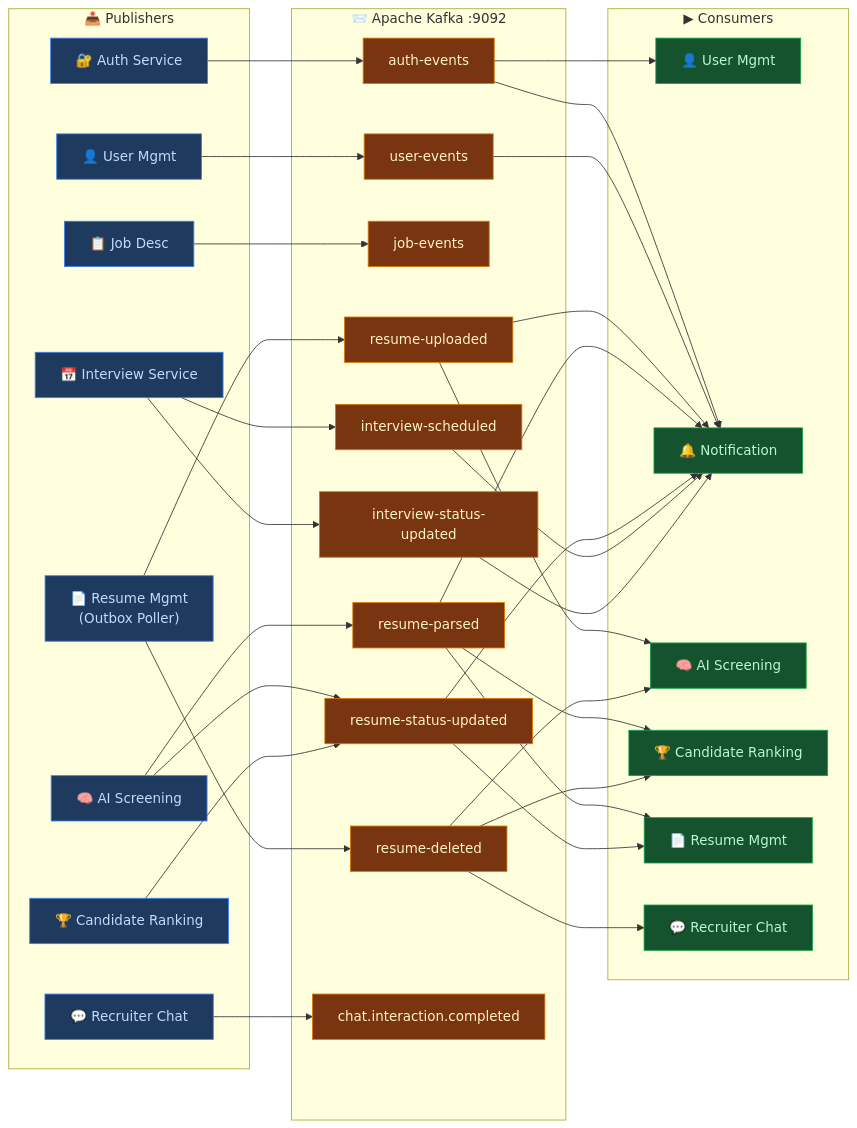
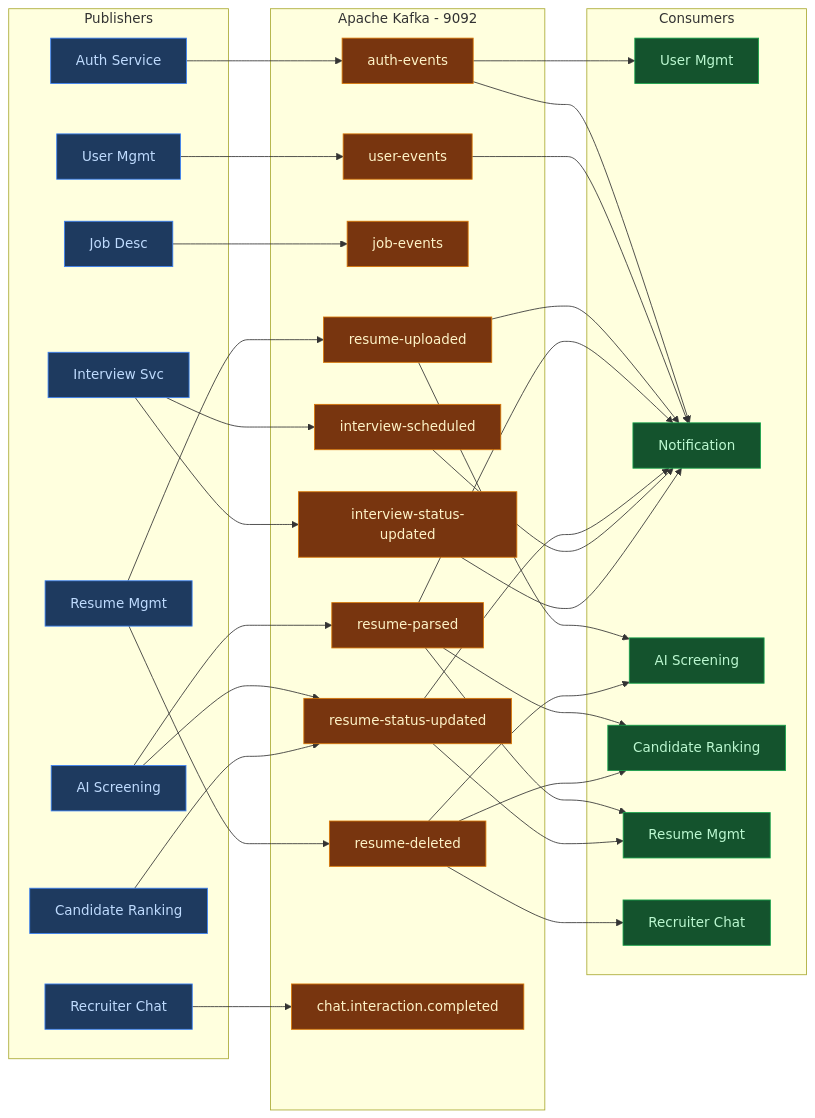
Before and after one commit to Priyanshujaiswal1024/AI-Screening-Distributed-System: the first of 5 diagrams in README.md, drawn with Mermaid. The commit also changed other lines of this file, not shown here.

Commit message:
fix(readme): use GitHub-safe Mermaid syntax - no emojis, no quoted subgraph labels, pipe-style edge labels

````diff
--- a/README.md
+++ b/README.md
@@ -145,71 +137,71 @@
 ```mermaid
 graph LR
-    subgraph PUB["📤 Publishers"]
-        Auth["🔐 Auth Service"]
-        User["👤 User Mgmt"]
-        Job["📋 Job Desc"]
-        RM["📄 Resume Mgmt\n(Outbox Poller)"]
-        AI["🧠 AI Screening"]
-        CR["🏆 Candidate Ranking"]
-        Chat["💬 Recruiter Chat"]
-        Intv["📅 Interview Service"]
+    subgraph PUB[Publishers]
+        Auth[Auth Service]
+        User[User Mgmt]
+        Job[Job Desc]
+        RM[Resume Mgmt]
+        AI[AI Screening]
+        CR[Candidate Ranking]
+        Chat[Recruiter Chat]
+        Intv[Interview Svc]
     end
 
-    subgraph KAFKA["📨 Apache Kafka :9092"]
-        T1["auth-events"]
-        T2["user-events"]
-        T3["job-events"]
-        T4["resume-uploaded"]
-        T5["resume-parsed"]
-        T6["resume-status-updated"]
-        T7["resume-deleted"]
-        T8["interview-scheduled"]
-        T9["interview-status-updated"]
-        T10["chat.interaction.completed"]
+    subgraph KAFKA[Apache Kafka - 9092]
+        T1[auth-events]
+        T2[user-events]
+        T3[job-events]
+        T4[resume-uploaded]
+        T5[resume-parsed]
+        T6[resume-status-updated]
+        T7[resume-deleted]
+        T8[interview-scheduled]
+        T9[interview-status-updated]
+        T10[chat.interaction.completed]
     end
 
-    subgraph CON["▶ Consumers"]
-        UserC["👤 User Mgmt"]
-        NotifC["🔔 Notification"]
-        AIC["🧠 AI Screening"]
-        CRC["🏆 Candidate Ranking"]
-        RMC["📄 Resume Mgmt"]
-        ChatC["💬 Recruiter Chat"]
+    subgraph CON[Consumers]
+        UserC[User Mgmt]
+        NotifC[Notification]
+        AIC[AI Screening]
+        CRC[Candidate Ranking]
+        RMC[Resume Mgmt]
+        ChatC[Recruiter Chat]
     end
 
     Auth  --> T1
     User  --> T2
     Job   --> T3
     RM    --> T4
     RM    --> T7
     AI    --> T5
     AI    --> T6
     CR    --> T6
     Chat  --> T10
     Intv  --> T8
     Intv  --> T9
 
     T1 --> UserC
     T1 --> NotifC
     T2 --> NotifC
     T4 --> AIC
     T4 --> NotifC
     T5 --> CRC
     T5 --> RMC
     T5 --> NotifC
     T6 --> RMC
     T6 --> NotifC
     T7 --> AIC
     T7 --> CRC
     T7 --> ChatC
     T8 --> NotifC
     T9 --> NotifC
 
     classDef pub   fill:#1e3a5f,stroke:#3b82f6,color:#bfdbfe
     classDef topic fill:#78350f,stroke:#d97706,color:#fef3c7
     classDef con   fill:#14532d,stroke:#16a34a,color:#bbf7d0
 
     class Auth,User,Job,RM,AI,CR,Chat,Intv pub
     class T1,T2,T3,T4,T5,T6,T7,T8,T9,T10 topic
     class UserC,NotifC,AIC,CRC,RMC,ChatC con
 ```
````
